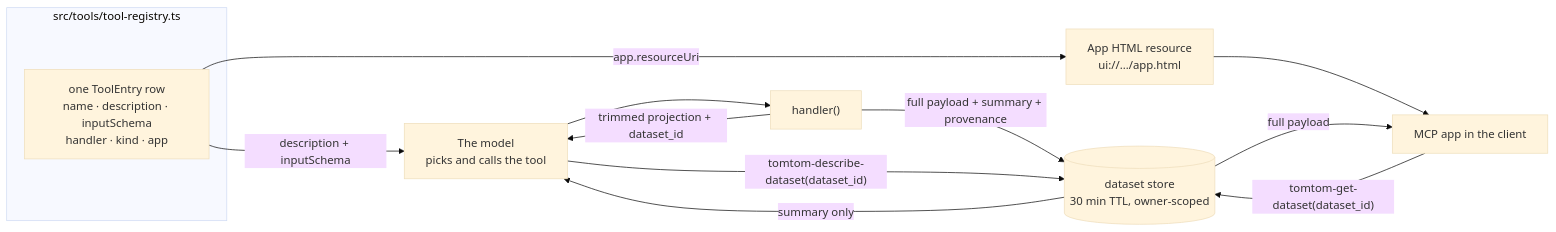
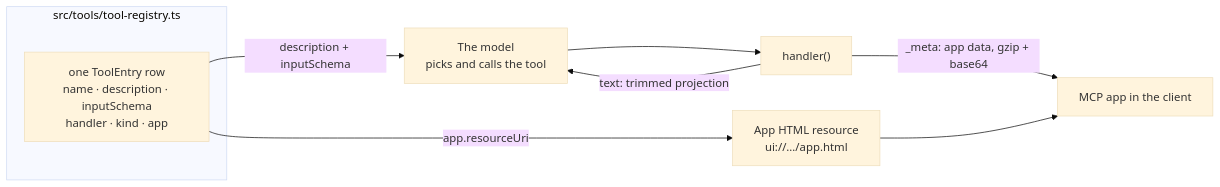
The first of 5 diagrams in docs/tools-architecture.md (tomtom-international/tomtom-maps-mcp), drawn with Mermaid (base theme) before and after one commit. The commit also changed other lines of this file and 21 other files, not shown here.

````diff
--- a/docs/tools-architecture.md
+++ b/docs/tools-architecture.md
@@ -32,18 +27,14 @@
 ```mermaid
 flowchart LR
   subgraph Registry["src/tools/tool-registry.ts"]
     ROW["one ToolEntry row<br/>name · description · inputSchema<br/>handler · kind · app"]
   end
 
   ROW -->|"description + inputSchema"| MODEL["The model<br/>picks and calls the tool"]
   ROW -->|"app.resourceUri"| APPRES["App HTML resource<br/>ui://…/app.html"]
 
   MODEL --> HANDLER["handler()"]
-  HANDLER -->|"trimmed projection + dataset_id"| MODEL
-  HANDLER -->|"full payload + summary + provenance"| STORE[("dataset store<br/>30 min TTL, owner-scoped")]
+  HANDLER -->|"text: trimmed projection"| MODEL
+  HANDLER -->|"_meta: app data, gzip + base64"| APP
   APPRES --> APP["MCP app in the client"]
-  APP -->|"tomtom-get-dataset(dataset_id)"| STORE
-  STORE -->|"full payload"| APP
-  MODEL -->|"tomtom-describe-dataset(dataset_id)"| STORE
-  STORE -->|"summary only"| MODEL
 ```
````
